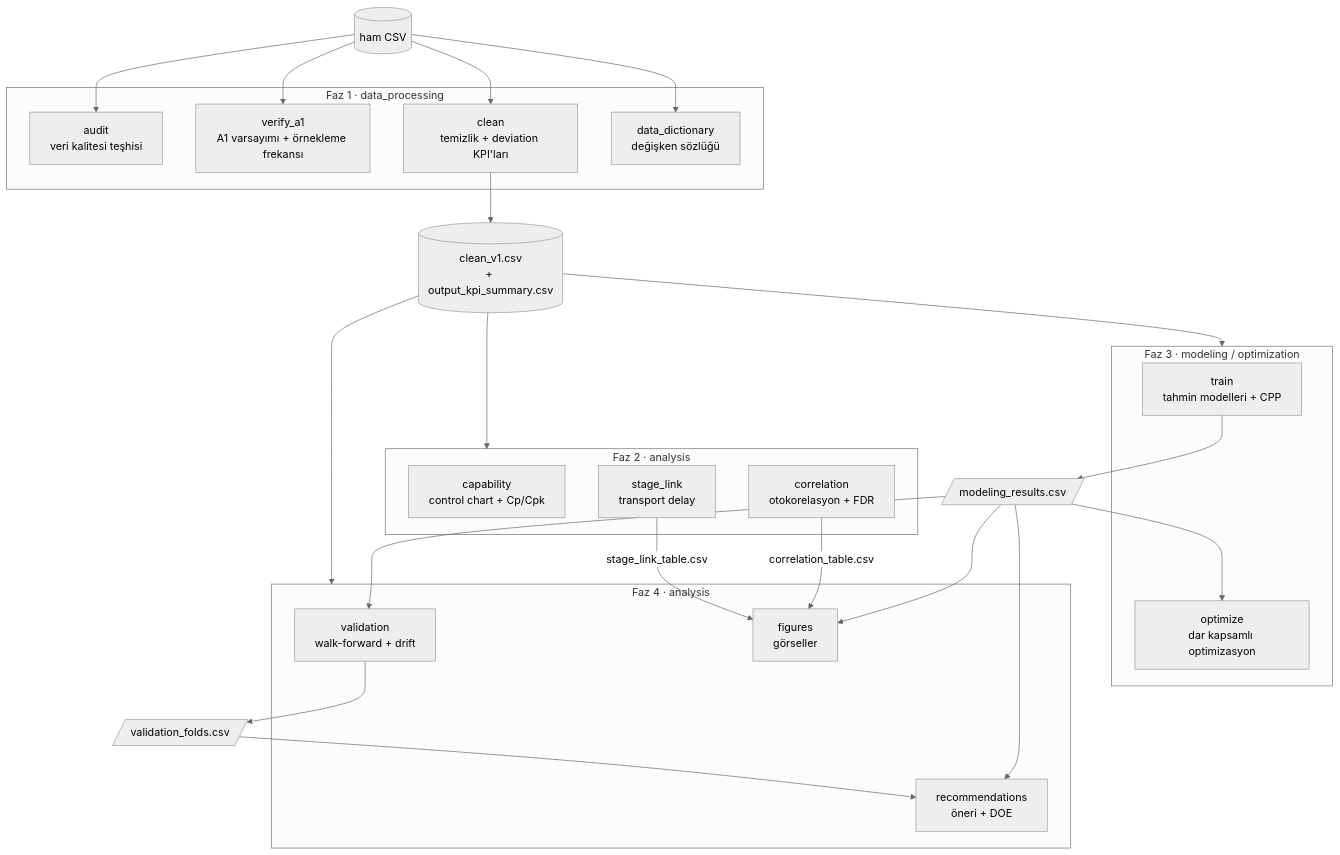
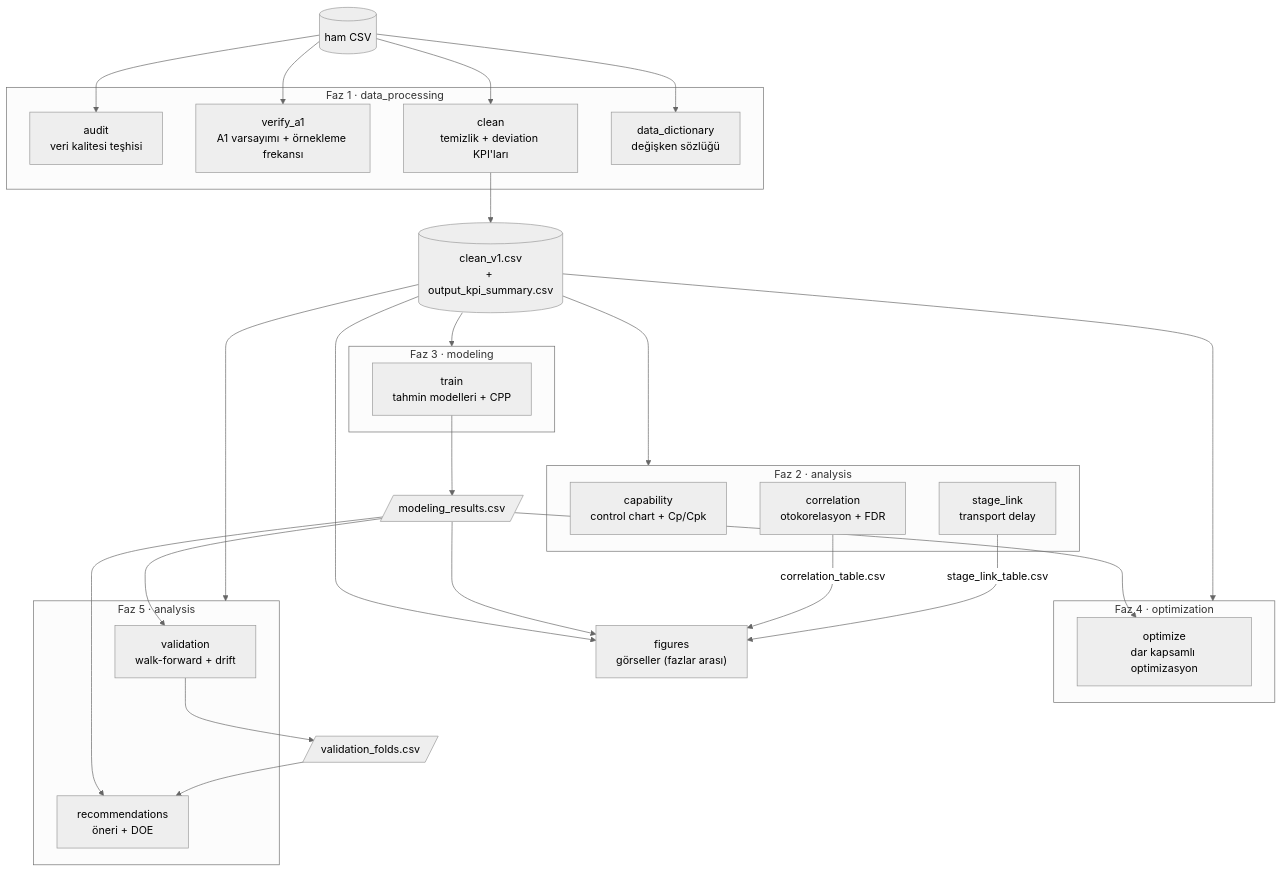
One commit to ertugrulyuce/Process_Optimization changed the second of 4 diagrams in docs/architecture.md. Above: the diagram before and after it, drawn with Mermaid (neutral theme). The commit also changed other lines of this file and 5 other files, not shown here.

````diff
--- a/docs/architecture.md
+++ b/docs/architecture.md
@@ -46,43 +46,46 @@
 ```mermaid
 flowchart TD
     RAW[("ham CSV")]
 
     subgraph F1["Faz 1 · data_processing"]
         audit["audit<br>veri kalitesi teşhisi"]
         verify["verify_a1<br>A1 varsayımı + örnekleme frekansı"]
         clean["clean<br>temizlik + deviation KPI'ları"]
         ddict["data_dictionary<br>değişken sözlüğü"]
     end
 
     OUT1[("clean_v1.csv<br>+ output_kpi_summary.csv")]
 
     subgraph F2["Faz 2 · analysis"]
         cap["capability<br>control chart + Cp/Cpk"]
         corr["correlation<br>otokorelasyon + FDR"]
         link["stage_link<br>transport delay"]
     end
 
-    subgraph F3["Faz 3 · modeling / optimization"]
+    subgraph F3["Faz 3 · modeling"]
         train["train<br>tahmin modelleri + CPP"]
-        opt["optimize<br>dar kapsamlı optimizasyon"]
     end
 
     RES[/"modeling_results.csv"/]
 
-    subgraph F4["Faz 4 · analysis"]
+    subgraph F4["Faz 4 · optimization"]
+        opt["optimize<br>dar kapsamlı optimizasyon"]
+    end
+
+    subgraph F5["Faz 5 · analysis"]
         val["validation<br>walk-forward + drift"]
         rec["recommendations<br>öneri + DOE"]
-        fig["figures<br>görseller"]
     end
 
+    fig["figures<br>görseller (fazlar arası)"]
     FOLD[/"validation_folds.csv"/]
 
     RAW --> audit & verify & clean & ddict
     clean --> OUT1
-    OUT1 --> F2 & F3 & F4
+    OUT1 --> F2 & F3 & F4 & F5 & fig
     train --> RES
     RES --> opt & val & rec & fig
     val --> FOLD --> rec
     corr -- "correlation_table.csv" --> fig
     link -- "stage_link_table.csv" --> fig
 ```
````
